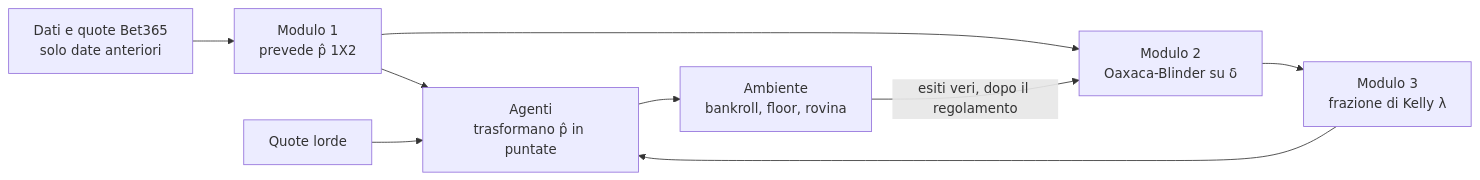
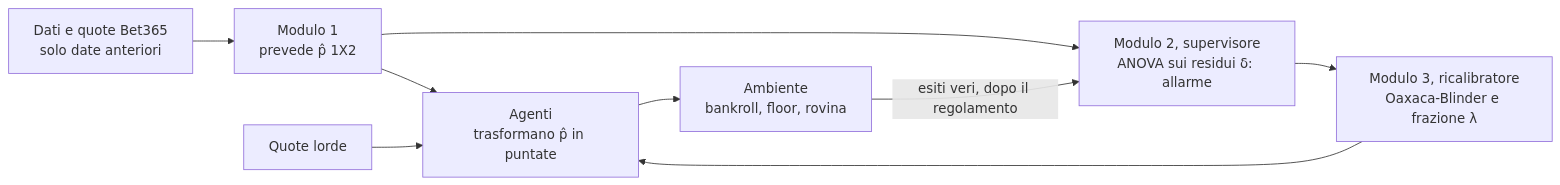
The diagram in thesis/agenti_e_architettura.md (Fede046/structural_hybrid_kelly), drawn with Mermaid before and after one commit. The commit also changed other lines of this file and 19 other files, not shown here.

````diff
--- a/thesis/agenti_e_architettura.md
+++ b/thesis/agenti_e_architettura.md
@@ -9,11 +9,11 @@
 ```mermaid
 flowchart LR
     D[Dati e quote Bet365\nsolo date anteriori] --> M1[Modulo 1\nprevede p̂ 1X2]
     M1 --> A[Agenti\ntrasformano p̂ in puntate]
     Q[Quote lorde] --> A
-    M1 --> M2[Modulo 2\nOaxaca-Blinder su δ]
-    M2 --> M3[Modulo 3\nfrazione di Kelly λ]
+    M1 --> M2[Modulo 2, supervisore\nANOVA sui residui δ: allarme]
+    M2 --> M3[Modulo 3, ricalibratore\nOaxaca-Blinder e frazione λ]
     M3 --> A
     A --> E[Ambiente\nbankroll, floor, rovina]
     E -->|esiti veri, dopo il regolamento| M2
 ```
````
